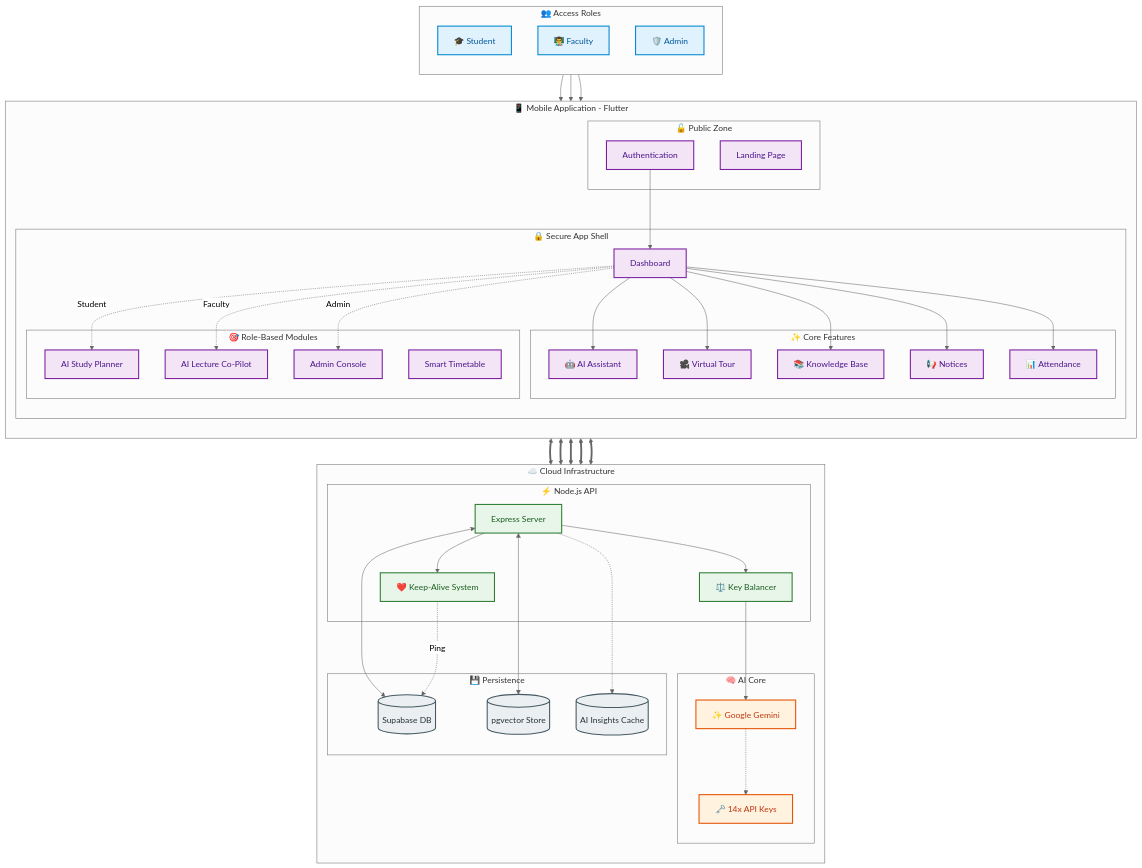
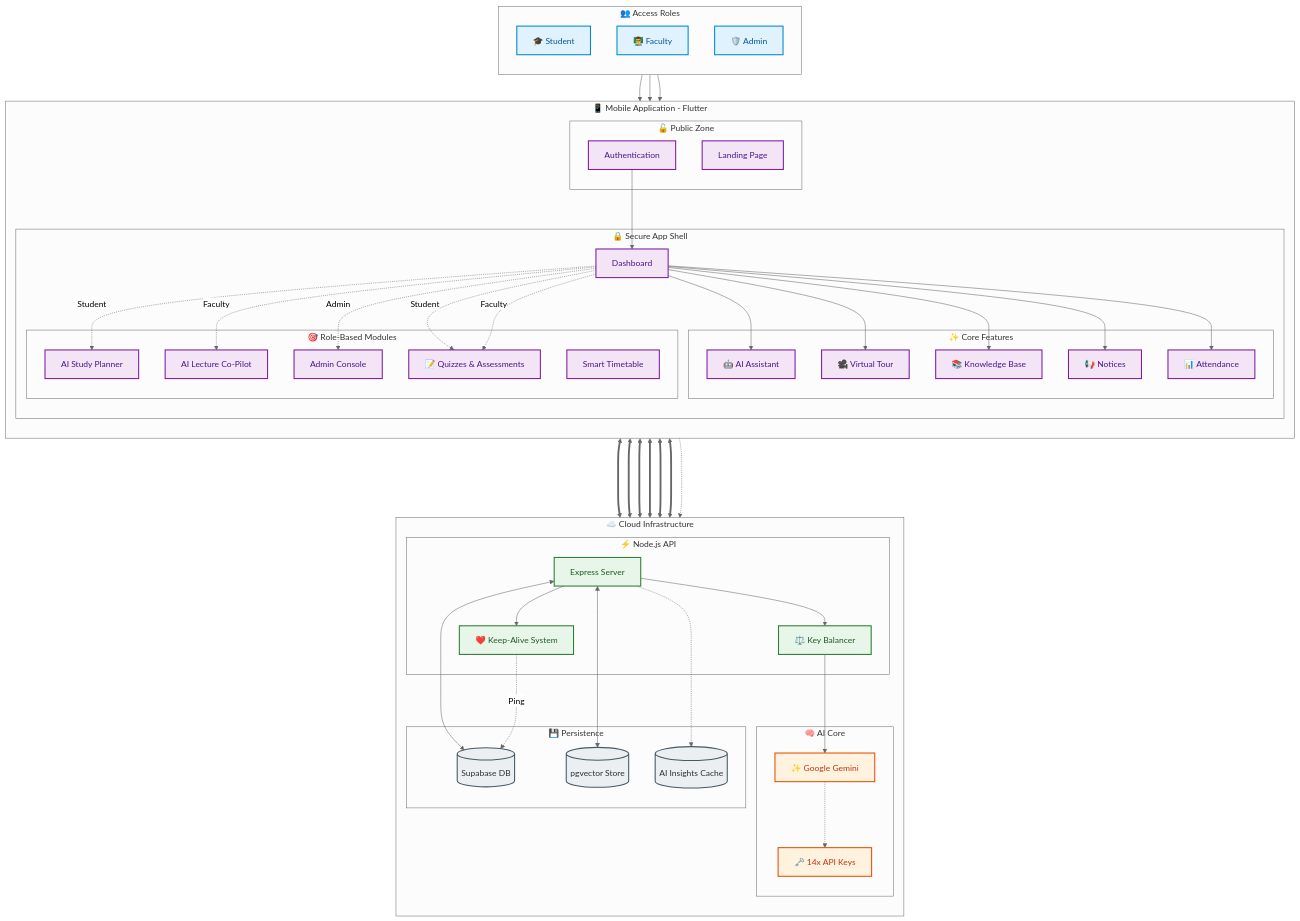
The diagram in README.md (Subhapreet21/Proactive-Multimodal-Academic-Support-System), drawn with Mermaid (neutral theme) before and after one commit. The commit also changed other lines of this file and 7 other files, not shown here.

```diff
--- a/README.md
+++ b/README.md
@@ -102,6 +118,7 @@
                 CoPilot[AI Lecture Co-Pilot]:::flutter
                 Time[Smart Timetable]:::flutter
                 AdminPanel[Admin Console]:::flutter
+                Quiz[📝 Quizzes & Assessments]:::flutter
             end
         end
     end
@@ -146,6 +163,8 @@
     Dash -. Student .-> Study
     Dash -. Faculty .-> CoPilot
     Dash -. Admin .-> AdminPanel
+    Dash -. Student .-> Quiz
+    Dash -. Faculty .-> Quiz
     
     %% Backend Interactions
     Chat <==> Server
@@ -153,6 +172,8 @@
     Study <==> Server
     Tour <==> Server
     Attendance <==> Server
+    Quiz <==> Server
+    Quiz -...-> Insights
 
     %% Internal Backend Flow
     Server --> LB
```
